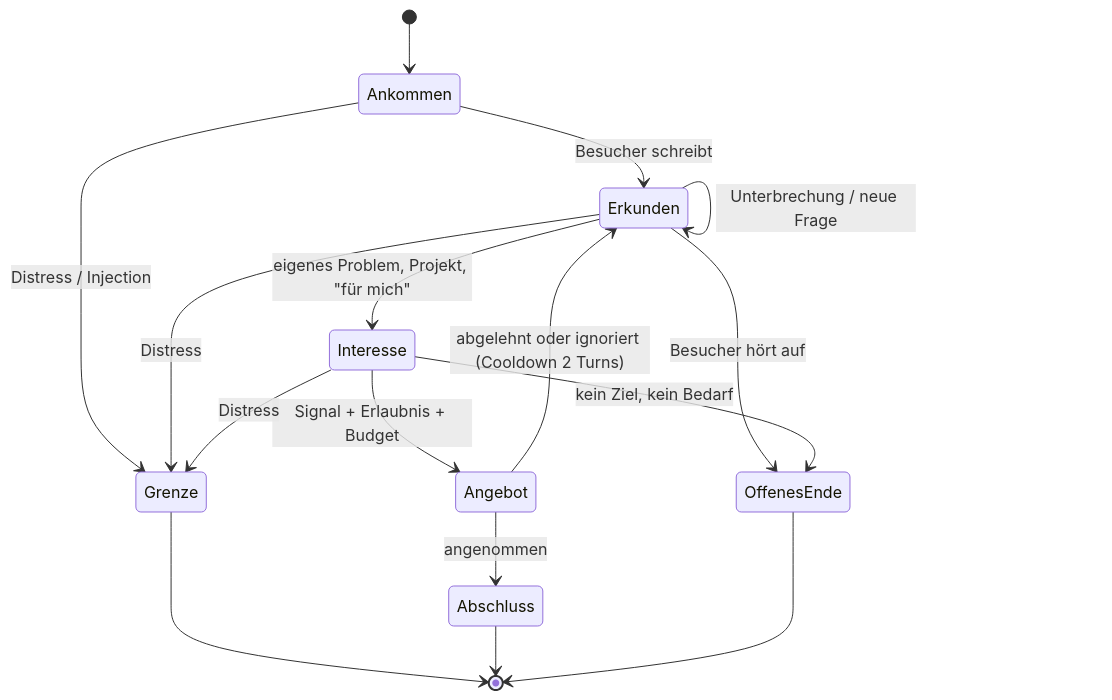
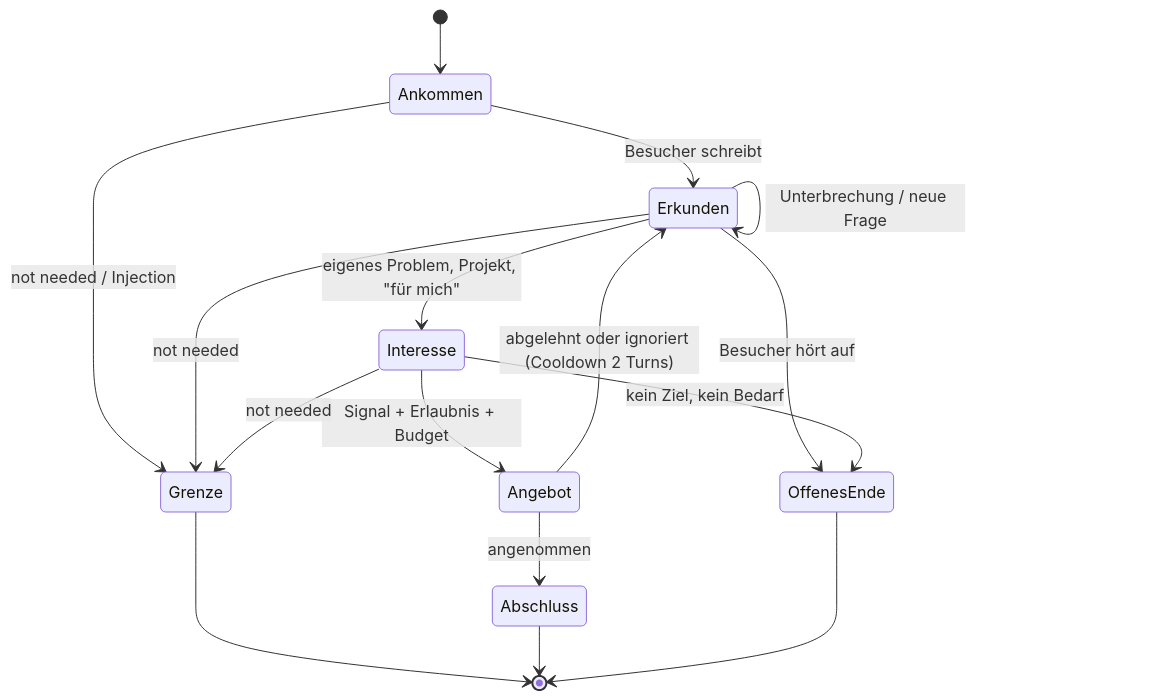
One commit to smlfg/Agent changed the diagram in docs/missions/M-20261119T220518-4585e9fd-GESPRAECHS-ENDPUNKTE.md. Above: the diagram before and after it, drawn with Mermaid. The commit also changed other lines of this file and 20 other files, not shown here.

````diff
--- a/docs/missions/M-20261119T220518-4585e9fd-GESPRAECHS-ENDPUNKTE.md
+++ b/docs/missions/M-20261119T220518-4585e9fd-GESPRAECHS-ENDPUNKTE.md
@@ -36,18 +36,18 @@
 ```mermaid
 stateDiagram-v2
     [*] --> Ankommen
     Ankommen --> Erkunden: Besucher schreibt
     Erkunden --> Erkunden: Unterbrechung / neue Frage
     Erkunden --> Interesse: eigenes Problem, Projekt, "für mich"
     Interesse --> Angebot: Signal + Erlaubnis + Budget
     Angebot --> Abschluss: angenommen
     Angebot --> Erkunden: abgelehnt oder ignoriert (Cooldown 2 Turns)
     Erkunden --> OffenesEnde: Besucher hört auf
     Interesse --> OffenesEnde: kein Ziel, kein Bedarf
-    Ankommen --> Grenze: Distress / Injection
-    Erkunden --> Grenze: Distress
-    Interesse --> Grenze: Distress
+    Ankommen --> Grenze: not needed / Injection
+    Erkunden --> Grenze: not needed
+    Interesse --> Grenze: not needed
     Grenze --> [*]
     Abschluss --> [*]
     OffenesEnde --> [*]
 ```
````
